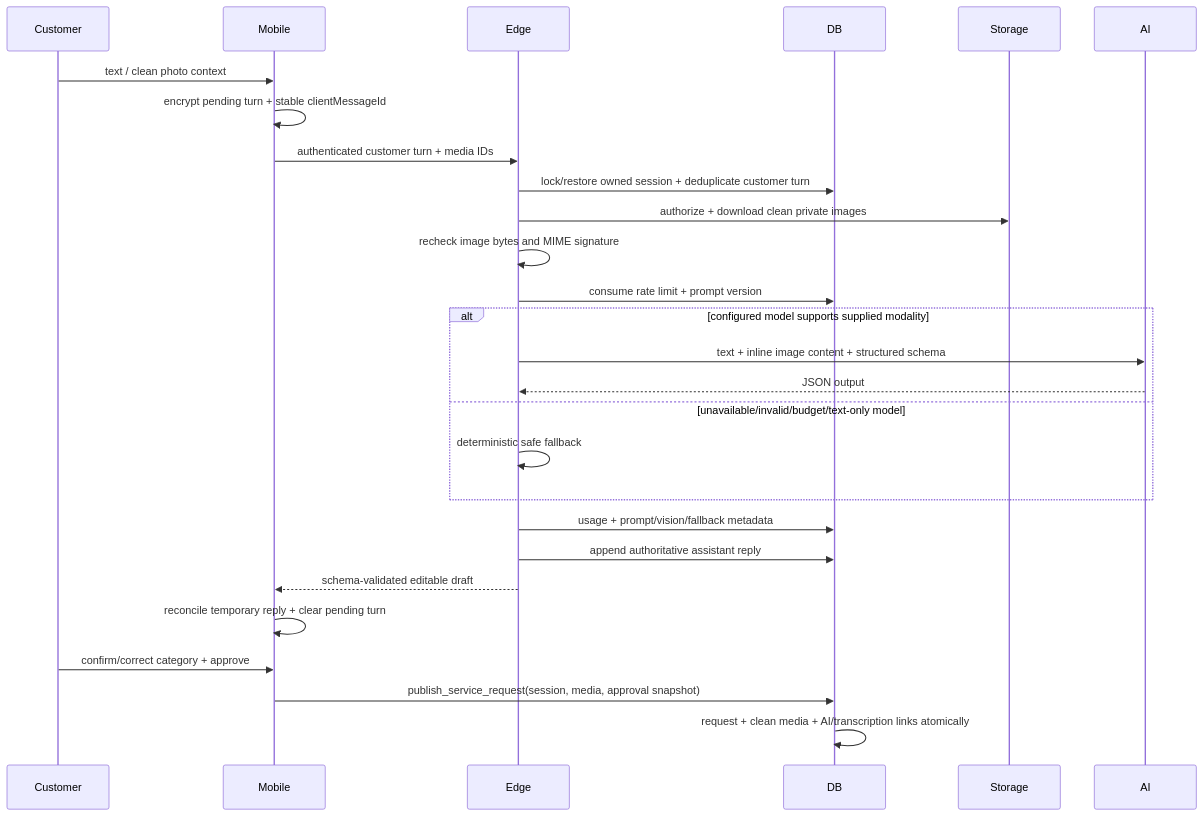
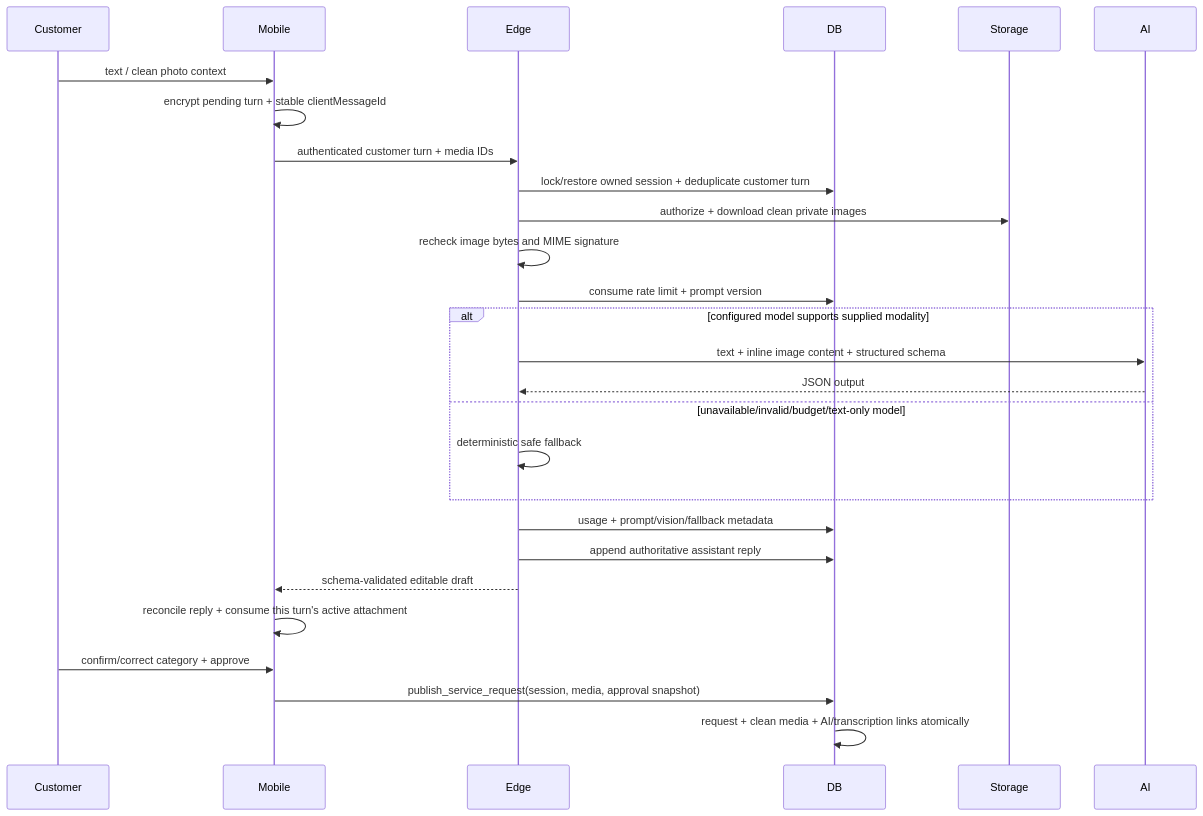
Before and after one commit to mohmammed0/Mohammed-Sallah-app: the diagram in docs/architecture/AI_ARCHITECTURE.md, drawn with Mermaid. The commit also changed other lines of this file and 5 other files, not shown here.

````diff
--- a/docs/architecture/AI_ARCHITECTURE.md
+++ b/docs/architecture/AI_ARCHITECTURE.md
@@ -32,23 +41,23 @@
 ```mermaid
 sequenceDiagram
   Customer->>Mobile: text / clean photo context
   Mobile->>Mobile: encrypt pending turn + stable clientMessageId
   Mobile->>Edge: authenticated customer turn + media IDs
   Edge->>DB: lock/restore owned session + deduplicate customer turn
   Edge->>Storage: authorize + download clean private images
   Edge->>Edge: recheck image bytes and MIME signature
   Edge->>DB: consume rate limit + prompt version
   alt configured model supports supplied modality
     Edge->>AI: text + inline image content + structured schema
     AI-->>Edge: JSON output
   else unavailable/invalid/budget/text-only model
     Edge->>Edge: deterministic safe fallback
   end
   Edge->>DB: usage + prompt/vision/fallback metadata
   Edge->>DB: append authoritative assistant reply
   Edge-->>Mobile: schema-validated editable draft
-  Mobile->>Mobile: reconcile temporary reply + clear pending turn
+  Mobile->>Mobile: reconcile reply + consume this turn's active attachment
   Customer->>Mobile: confirm/correct category + approve
   Mobile->>DB: publish_service_request(session, media, approval snapshot)
   DB->>DB: request + clean media + AI/transcription links atomically
 ```
````
